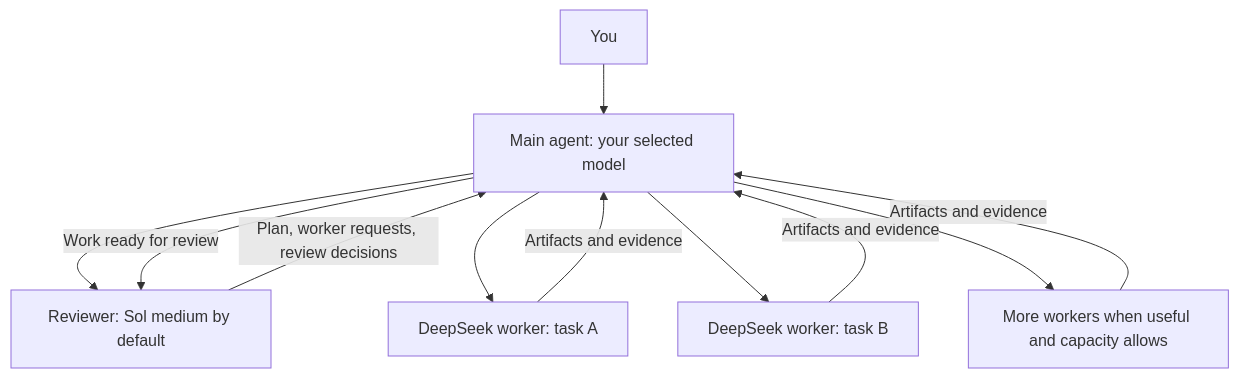
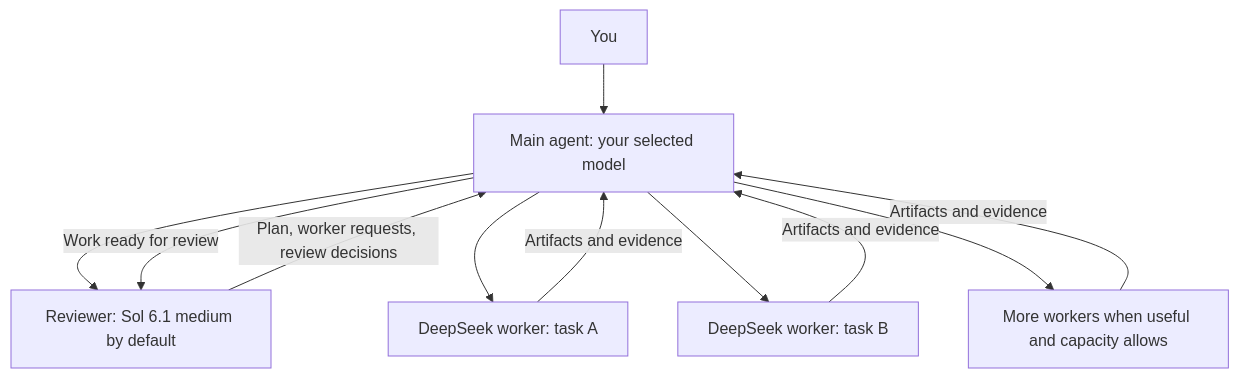
Before and after one commit to JaredReabow/AiSkills: the diagram in README.md, drawn with Mermaid. The commit also changed other lines of this file and 17 other files, not shown here.

````diff
--- a/README.md
+++ b/README.md
@@ -30,13 +30,13 @@
 ```mermaid
 flowchart TD
     U[You] --> M[Main agent: your selected model]
-    M --> R[Reviewer: Sol medium by default]
+    M --> R[Reviewer: Sol 6.1 medium by default]
     R -->|Plan, worker requests, review decisions| M
     M --> W1[DeepSeek worker: task A]
     M --> W2[DeepSeek worker: task B]
     M --> WN[More workers when useful and capacity allows]
     W1 -->|Artifacts and evidence| M
     W2 -->|Artifacts and evidence| M
     WN -->|Artifacts and evidence| M
     M -->|Work ready for review| R
 ```
````
